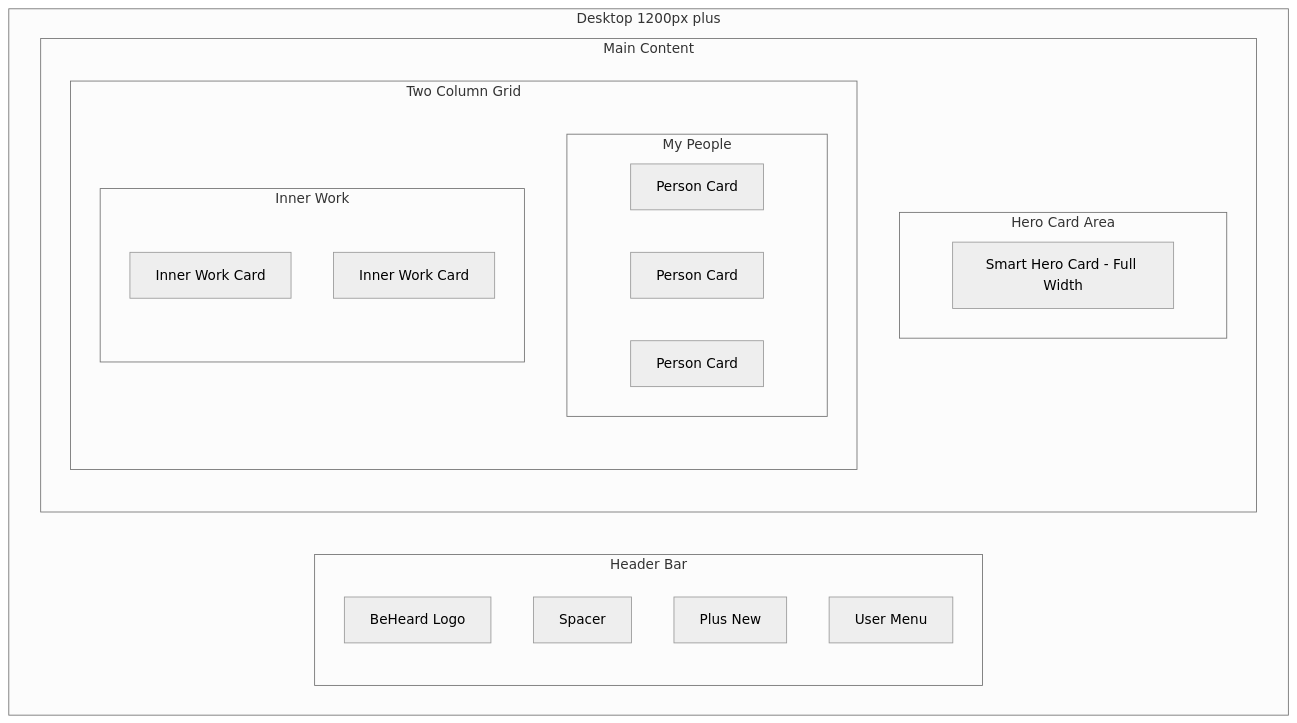
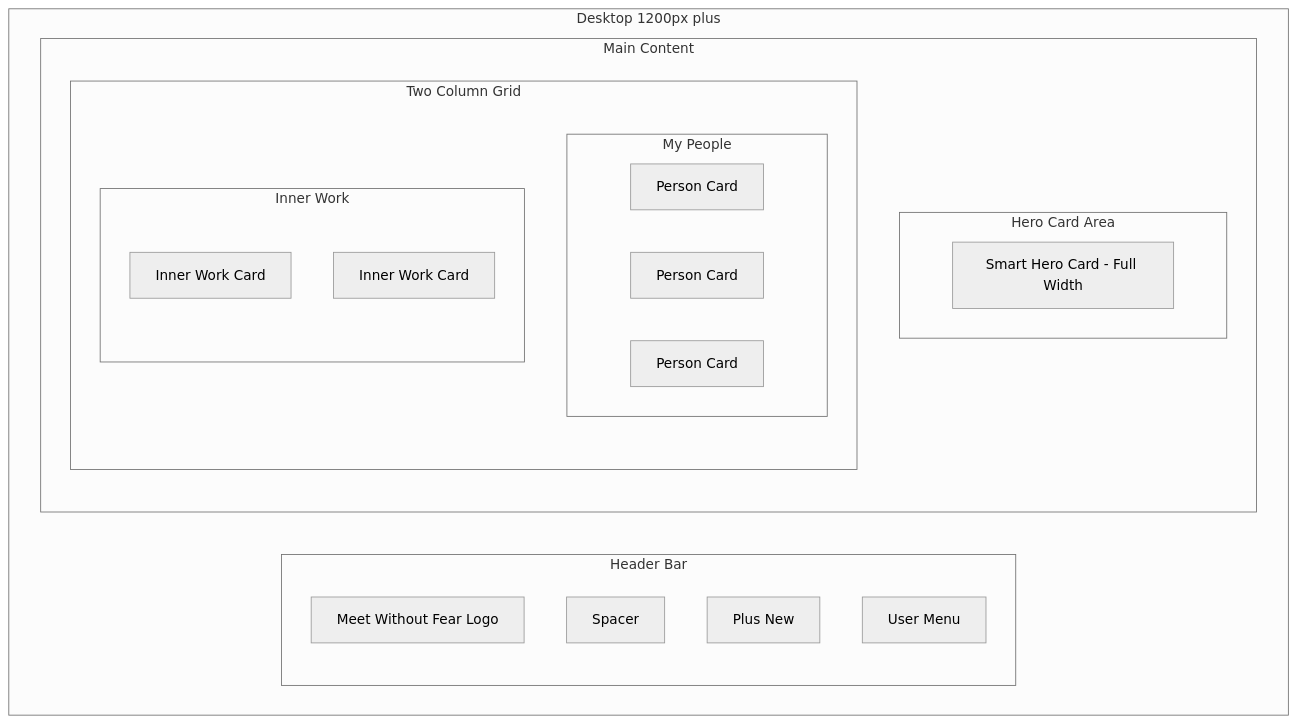
Before and after one commit to shantamg/be-heard: the second of 5 diagrams in docs/mvp-planning/plans/wireframes/home-dashboard.md, drawn with Mermaid (neutral theme). The commit also changed other lines of this file and 223 other files, not shown here.

First line of the commit message:
chore: rename project from BeHeard to Meet Without Fear

````diff
--- a/docs/mvp-planning/plans/wireframes/home-dashboard.md
+++ b/docs/mvp-planning/plans/wireframes/home-dashboard.md
@@ -38,29 +38,29 @@
 ```mermaid
 flowchart TD
     subgraph Desktop[Desktop 1200px plus]
         subgraph TopBar[Header Bar]
-            DLogo[BeHeard Logo]
+            DLogo[Meet Without Fear Logo]
             DSpacer[Spacer]
             DNew[Plus New]
             DMenu[User Menu]
         end
 
         subgraph MainArea[Main Content]
             subgraph HeroSection[Hero Card Area]
                 HeroCard[Smart Hero Card - Full Width]
             end
 
             subgraph ContentGrid[Two Column Grid]
                 subgraph LeftCol[My People]
                     PC1[Person Card]
                     PC2[Person Card]
                     PC3[Person Card]
                 end
                 subgraph RightCol[Inner Work]
                     IW1[Inner Work Card]
                     IW2[Inner Work Card]
                 end
             end
         end
     end
 ```
````
